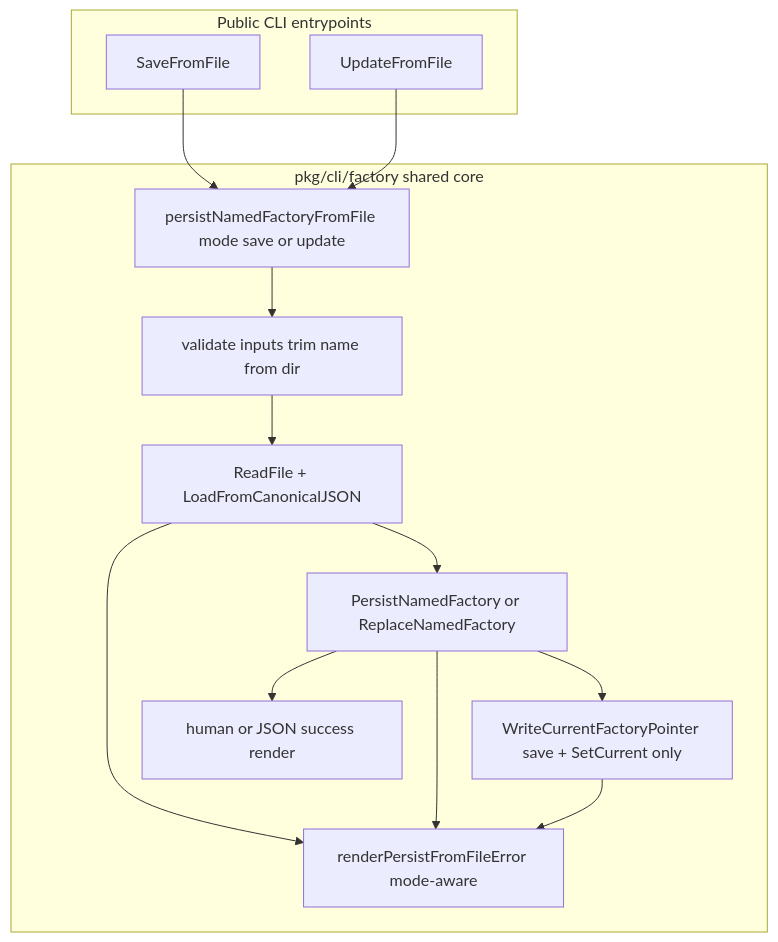
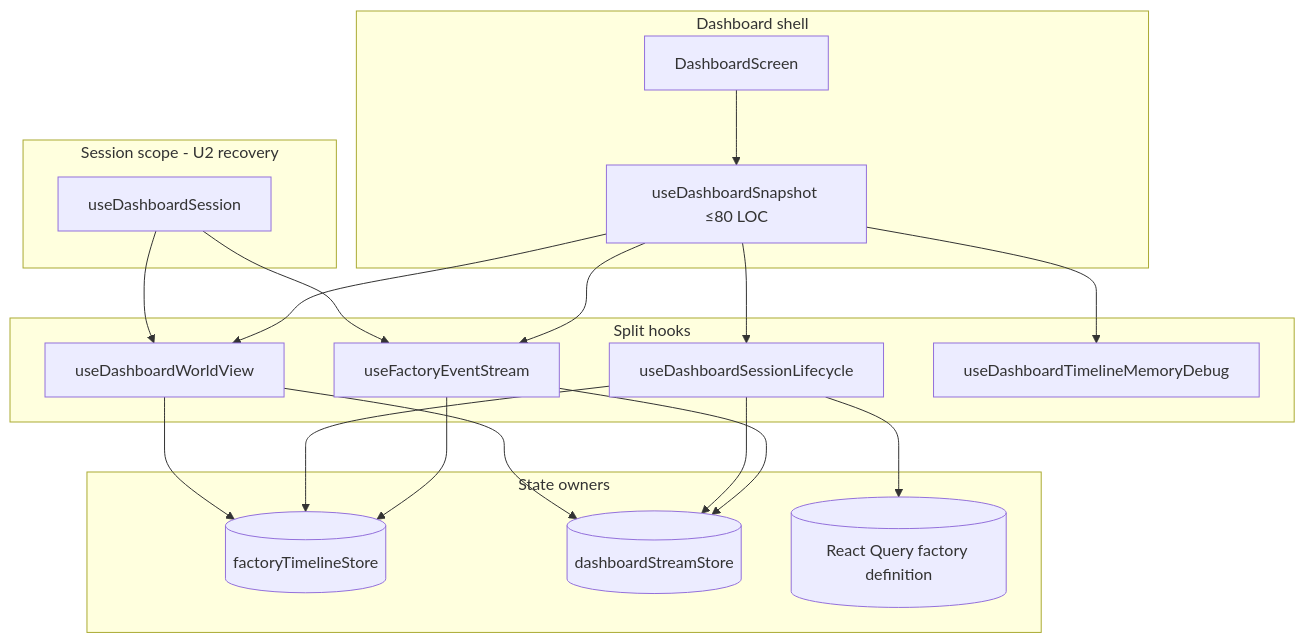
The diagram in prd.md (portpowered/you-agent-factory), drawn with Mermaid before and after one commit. The commit also changed other lines of this file and 2 other files, not shown here.

Commit message:
chore: mark ui-dashboard-stream-timeline-split-recovery-v2-002 complete in Ralph metadata

````diff
--- a/prd.md
+++ b/prd.md
@@ -122,24 +155,38 @@
 ```mermaid
-flowchart TD
-  subgraph public [Public CLI entrypoints]
-    SF[SaveFromFile]
-    UF[UpdateFromFile]
+flowchart TB
+  subgraph scope [Session scope - U2 recovery]
+    DS[useDashboardSession]
   end
-  subgraph shared [pkg/cli/factory shared core]
-    PF[persistNamedFactoryFromFile mode save or update]
-    VAL[validate inputs trim name from dir]
-    LOAD[ReadFile + LoadFromCanonicalJSON]
-    PERSIST[PersistNamedFactory or ReplaceNamedFactory]
-    PTR[WriteCurrentFactoryPointer save + SetCurrent only]
-    ERR[renderPersistFromFileError mode-aware]
-    OUT[human or JSON success render]
+
+  subgraph composer [Dashboard shell]
+    Screen[DashboardScreen]
+    Snap[useDashboardSnapshot ≤80 LOC]
+    Screen --> Snap
   end
-  SF --> PF
-  UF --> PF
-  PF --> VAL --> LOAD --> PERSIST
-  PERSIST --> PTR
-  PERSIST --> OUT
-  LOAD --> ERR
-  PERSIST --> ERR
-  PTR --> ERR
+
+  subgraph hooks [Split hooks]
+    Life[useDashboardSessionLifecycle]
+    Stream[useFactoryEventStream]
+    View[useDashboardWorldView]
+    Dbg[useDashboardTimelineMemoryDebug]
+    Snap --> Life
+    Snap --> Stream
+    Snap --> View
+    Snap --> Dbg
+    DS --> Stream
+    DS --> View
+  end
+
+  subgraph stores [State owners]
+    TL[(factoryTimelineStore)]
+    ST[(dashboardStreamStore)]
+    RQ[(React Query factory definition)]
+    Stream --> ST
+    Stream --> TL
+    Life --> TL
+    Life --> ST
+    Life --> RQ
+    View --> TL
+    View --> ST
+  end
 ```
````
